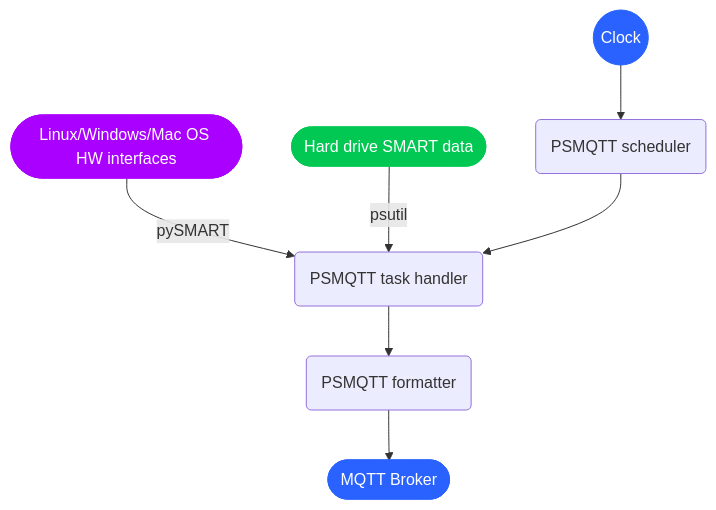
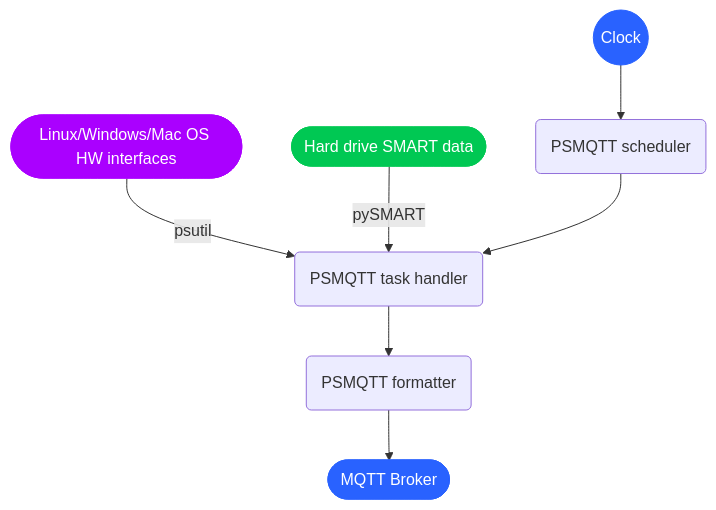
Before and after one commit to eschava/psmqtt: the diagram in doc/usage.md, drawn with Mermaid.

````diff
--- a/doc/usage.md
+++ b/doc/usage.md
@@ -7,27 +7,27 @@
 ```mermaid
 flowchart TD
 %% Nodes
     OS([Linux/Windows/Mac OS HW interfaces]) 
     SMART([Hard drive SMART data])
     CLK((Clock))
     MQTT([MQTT Broker])
     psmqttTASK(PSMQTT task handler)
     psmqttSCHED(PSMQTT scheduler)
     psmqttFMT(PSMQTT formatter)
 
 %% Edge connections between nodes
-    OS -->|pySMART| psmqttTASK
-    SMART -->|psutil| psmqttTASK
+    OS -->|psutil| psmqttTASK
+    SMART -->|pySMART| psmqttTASK
     CLK --> psmqttSCHED
 
     psmqttSCHED-->psmqttTASK
     psmqttTASK-->psmqttFMT
 
     psmqttFMT-->MQTT
 
 %% Individual node styling. 
     style OS color:#FFFFFF, fill:#AA00FF, stroke:#AA00FF
     style SMART color:#FFFFFF, stroke:#00C853, fill:#00C853
     style CLK color:#FFFFFF, stroke:#2962FF, fill:#2962FF
     style MQTT color:#FFFFFF, stroke:#2962FF, fill:#2962FF
 ```
````
